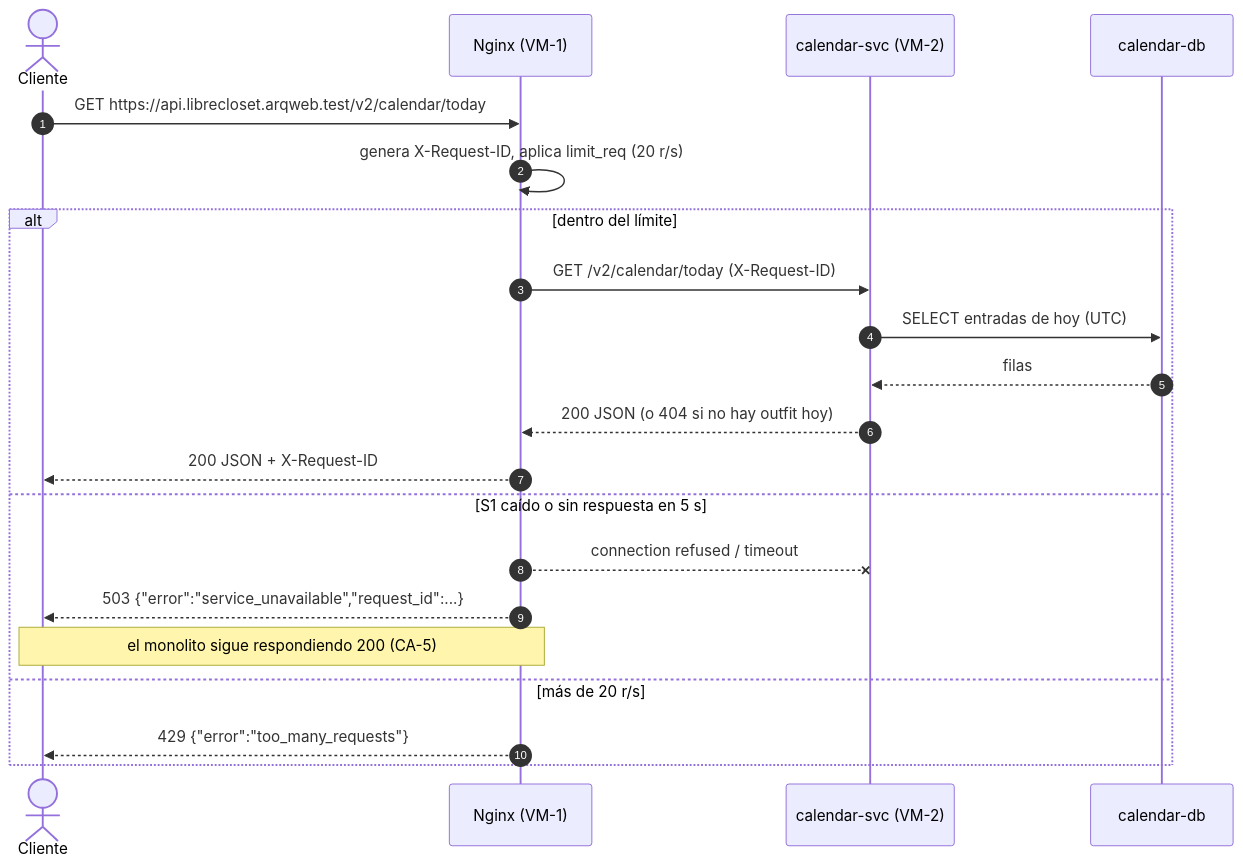
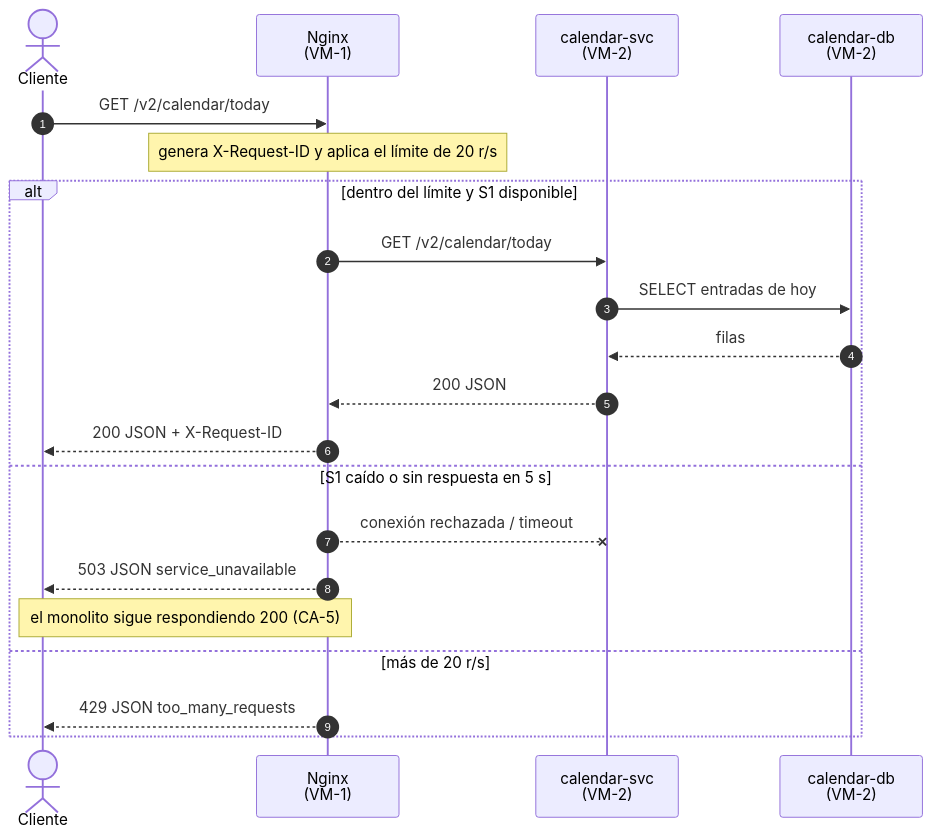
One commit to bbia21/tp-arqweb-equipo03 changed the second of 3 diagrams in cna/docs/diagrams/secuencias.md. Above: the diagram before and after it, drawn with Mermaid. The commit also changed other lines of this file and 2 other files, not shown here.

Commit message:
Diagramas C4 y de secuencia corregidos

````diff
--- a/cna/docs/diagrams/secuencias.md
+++ b/cna/docs/diagrams/secuencias.md
@@ -50,24 +43,24 @@
 ```mermaid
 sequenceDiagram
   autonumber
   actor C as Cliente
-  participant N as Nginx (VM-1)
-  participant S1 as calendar-svc (VM-2)
-  participant D as calendar-db
+  participant N as Nginx<br/>(VM-1)
+  participant S1 as calendar-svc<br/>(VM-2)
+  participant D as calendar-db<br/>(VM-2)
 
-  C->>N: GET https://api.librecloset.arqweb.test/v2/calendar/today
-  N->>N: genera X-Request-ID, aplica limit_req (20 r/s)
-  alt dentro del límite
-    N->>S1: GET /v2/calendar/today (X-Request-ID)
-    S1->>D: SELECT entradas de hoy (UTC)
+  C->>N: GET /v2/calendar/today
+  Note over N: genera X-Request-ID y aplica el límite de 20 r/s
+  alt dentro del límite y S1 disponible
+    N->>S1: GET /v2/calendar/today
+    S1->>D: SELECT entradas de hoy
     D-->>S1: filas
-    S1-->>N: 200 JSON (o 404 si no hay outfit hoy)
+    S1-->>N: 200 JSON
     N-->>C: 200 JSON + X-Request-ID
   else S1 caído o sin respuesta en 5 s
-    N--xS1: connection refused / timeout
-    N-->>C: 503 {"error":"service_unavailable","request_id":...}
-    Note over N,C: el monolito sigue respondiendo 200 (CA-5)
+    N--xS1: conexión rechazada / timeout
+    N-->>C: 503 JSON service_unavailable
+    Note over C,N: el monolito sigue respondiendo 200 (CA-5)
   else más de 20 r/s
-    N-->>C: 429 {"error":"too_many_requests"}
+    N-->>C: 429 JSON too_many_requests
   end
 ```
````
